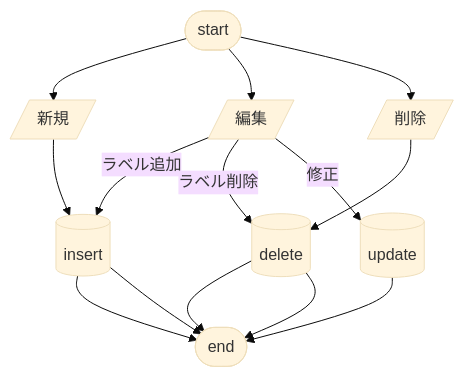
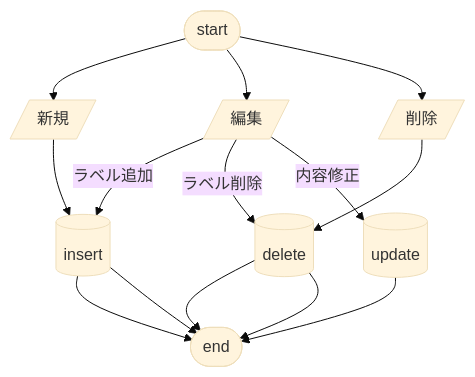
Before and after one commit to togakushi/test-repo: the diagram in mermaid.md, drawn with Mermaid (base theme).

````diff
--- a/mermaid.md
+++ b/mermaid.md
@@ -3,16 +3,16 @@
 ```mermaid
 flowchart TD
     START --> NEW[/新規/] --> INSERT(insert) --> END
     START --> MOD[/編集/]
     START --> D[/削除/] --> DELETE -->END
 
     MOD -->|ラベル追加| INSERT --> END
     MOD -->|ラベル削除| DELETE --> END
-    MOD -->|修正| UPDATE --> END
+    MOD -->|内容修正| UPDATE --> END
 
     START([start])
     INSERT[(insert)]
     UPDATE[(update)]
     DELETE[(delete)]
     END([end])
 ```
````
